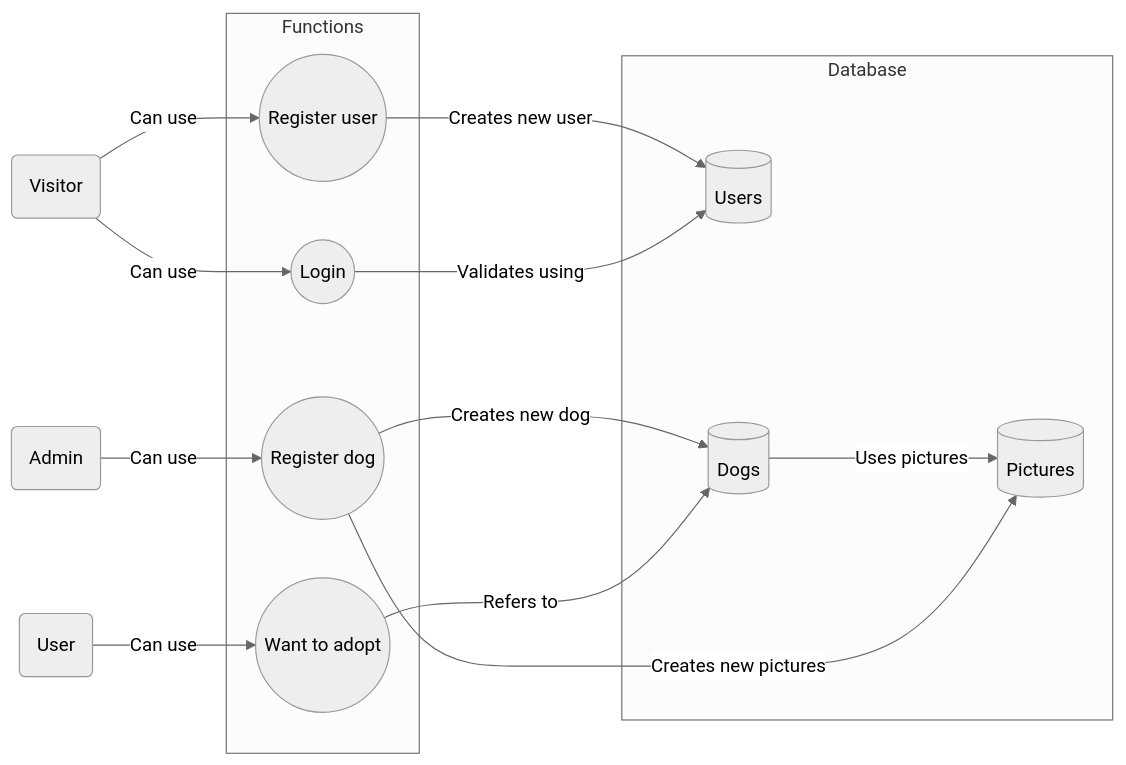
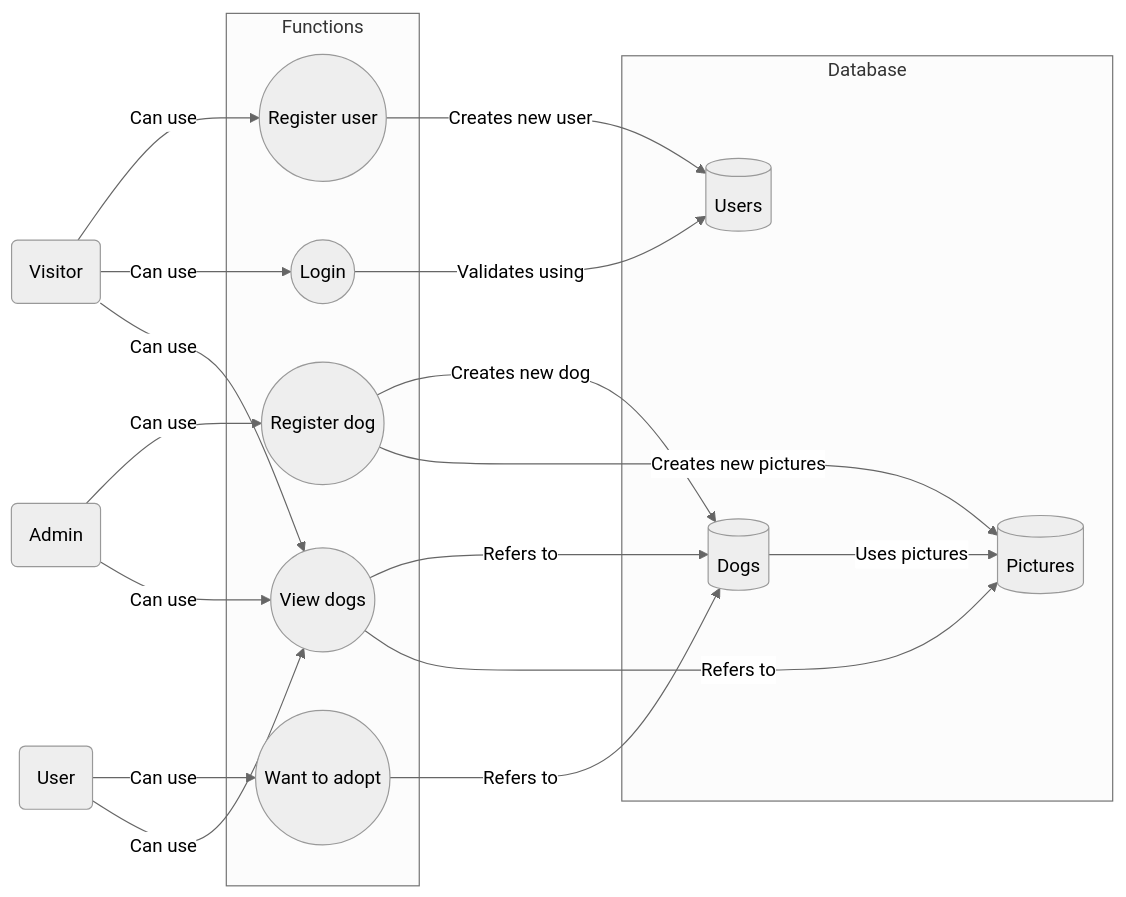
One commit to Macsoo/its-not-a-bug-its-a-feature changed the first of 3 diagrams in docs/rendszerterv.md. Above: the diagram before and after it, drawn with Mermaid (neutral theme).

Commit message:
docs: added function in functional plan in system specification

````diff
--- a/docs/rendszerterv.md
+++ b/docs/rendszerterv.md
@@ -137,27 +137,33 @@
 ```mermaid
 flowchart LR
     admin(Admin)
     user(User)
     visitor(Visitor)
     subgraph Database
         user_db[(Users)]
         dogs_db[(Dogs)]
         pictures_db[(Pictures)]
         dogs_db-- Uses pictures -->pictures_db
     end
     subgraph Functions 
         fn_register_user((Register user))
         fn_login((Login))
         fn_register_dog((Register dog))
         fn_adopt((Want to adopt))
+        fn_view_dogs((View dogs))
     end
     visitor-- Can use -->fn_register_user
     visitor-- Can use -->fn_login
+    visitor-- Can use -->fn_view_dogs
     fn_register_user-- Creates new user -->user_db
     fn_login-- Validates using -->user_db
     admin-- Can use -->fn_register_dog
+    admin-- Can use -->fn_view_dogs
     fn_register_dog-- Creates new dog -->dogs_db
     fn_register_dog-- Creates new pictures -->pictures_db
     user-- Can use -->fn_adopt
+    user-- Can use -->fn_view_dogs
     fn_adopt-- Refers to -->dogs_db
+    fn_view_dogs-- Refers to -->dogs_db
+    fn_view_dogs-- Refers to -->pictures_db
 ```
````
